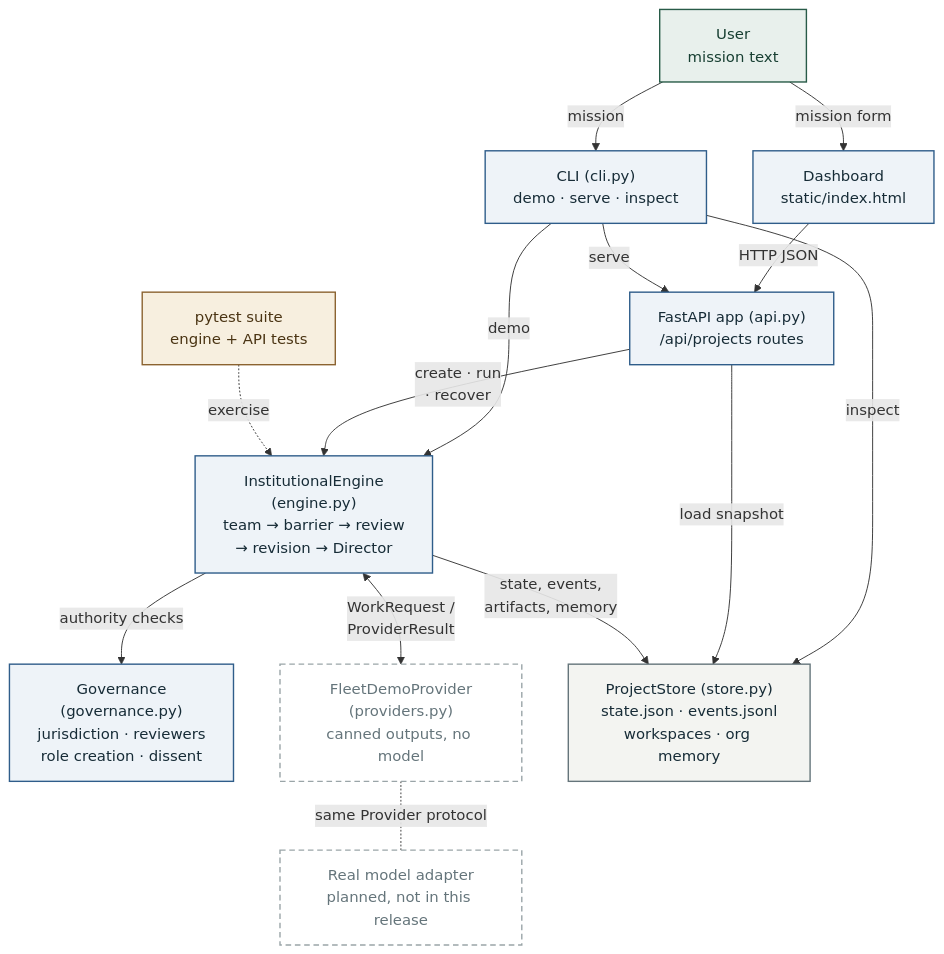
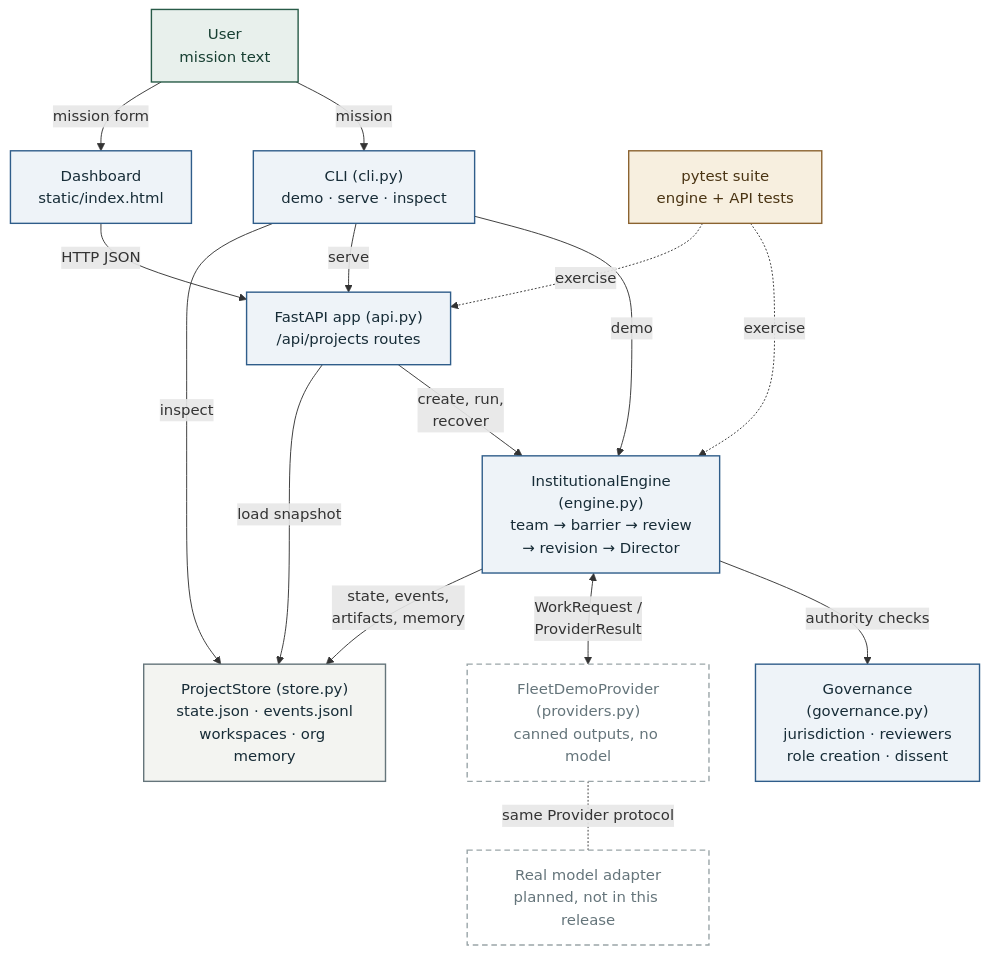
The diagram in docs/architecture.mmd (retinapeg/institutional-ai), drawn with Mermaid before and after one commit. The commit also changed 2 other files, not shown here.

Commit message:
docs: tidy architecture diagram edges and data-flow wording

```diff
--- a/docs/architecture.mmd
+++ b/docs/architecture.mmd
@@ -1,42 +1,43 @@
 %% Architecture of institutional-ai at commit 0da72e7
 %% Sources: src/institutional_ai/cli.py, src/institutional_ai/api.py, src/institutional_ai/static/index.html, src/institutional_ai/engine.py, src/institutional_ai/governance.py, src/institutional_ai/providers.py, src/institutional_ai/store.py, src/institutional_ai/models.py, tests/test_engine.py, tests/test_api.py
 %% Render: npx @mermaid-js/mermaid-cli -i docs/architecture.mmd -o docs/images/architecture.svg -b white
 flowchart TD
     U["User<br/>mission text"]
+    CLI["CLI (cli.py)<br/>demo · serve · inspect"]
     UI["Dashboard<br/>static/index.html"]
-    CLI["CLI (cli.py)<br/>demo · serve · inspect"]
     API["FastAPI app (api.py)<br/>/api/projects routes"]
     ENG["InstitutionalEngine<br/>(engine.py)<br/>team → barrier → review<br/>→ revision → Director"]
     GOV["Governance<br/>(governance.py)<br/>jurisdiction · reviewers<br/>role creation · dissent"]
     PROV["FleetDemoProvider<br/>(providers.py)<br/>canned outputs, no model"]
     LIVE["Real model adapter<br/>planned, not in this release"]
     STORE["ProjectStore (store.py)<br/>state.json · events.jsonl<br/>workspaces · org memory"]
     TEST["pytest suite<br/>engine + API tests"]
 
+    U -->|mission| CLI
     U -->|mission form| UI
-    U -->|mission| CLI
+    CLI -->|demo| ENG
+    CLI -->|serve| API
     UI -->|HTTP JSON| API
-    CLI -->|serve| API
-    CLI -->|demo| ENG
+    API -->|"create, run,<br/>recover"| ENG
     CLI -->|inspect| STORE
-    API -->|"create · run<br/>· recover"| ENG
     API -->|load snapshot| STORE
     ENG -->|authority checks| GOV
     ENG <-->|"WorkRequest /<br/>ProviderResult"| PROV
     ENG -->|"state, events,<br/>artifacts, memory"| STORE
     PROV -.-|same Provider protocol| LIVE
     TEST -.->|exercise| ENG
+    TEST -.->|exercise| API
 
     class U human;
     class CLI,UI,API,ENG,GOV det;
     class PROV,LIVE mock;
     class STORE store;
     class TEST eval;
 
     classDef ai fill:#efe7fb,stroke:#6a4c93,stroke-width:2px,color:#2b1d45;
     classDef det fill:#eef3f8,stroke:#2f5d8a,stroke-width:1.5px,color:#172c37;
     classDef human fill:#e8f0ec,stroke:#285b48,stroke-width:1.5px,color:#173f32;
     classDef eval fill:#f7efdf,stroke:#8b6330,stroke-width:1.5px,color:#4a3413;
     classDef store fill:#f3f4f1,stroke:#65757b,stroke-width:1.5px,color:#172c37;
     classDef ext fill:#ffffff,stroke:#2f5d8a,stroke-width:1.5px,stroke-dasharray:4 3,color:#172c37;
     classDef mock fill:#ffffff,stroke:#9aa5a8,stroke-width:1.5px,stroke-dasharray:6 4,color:#65757b;
```
